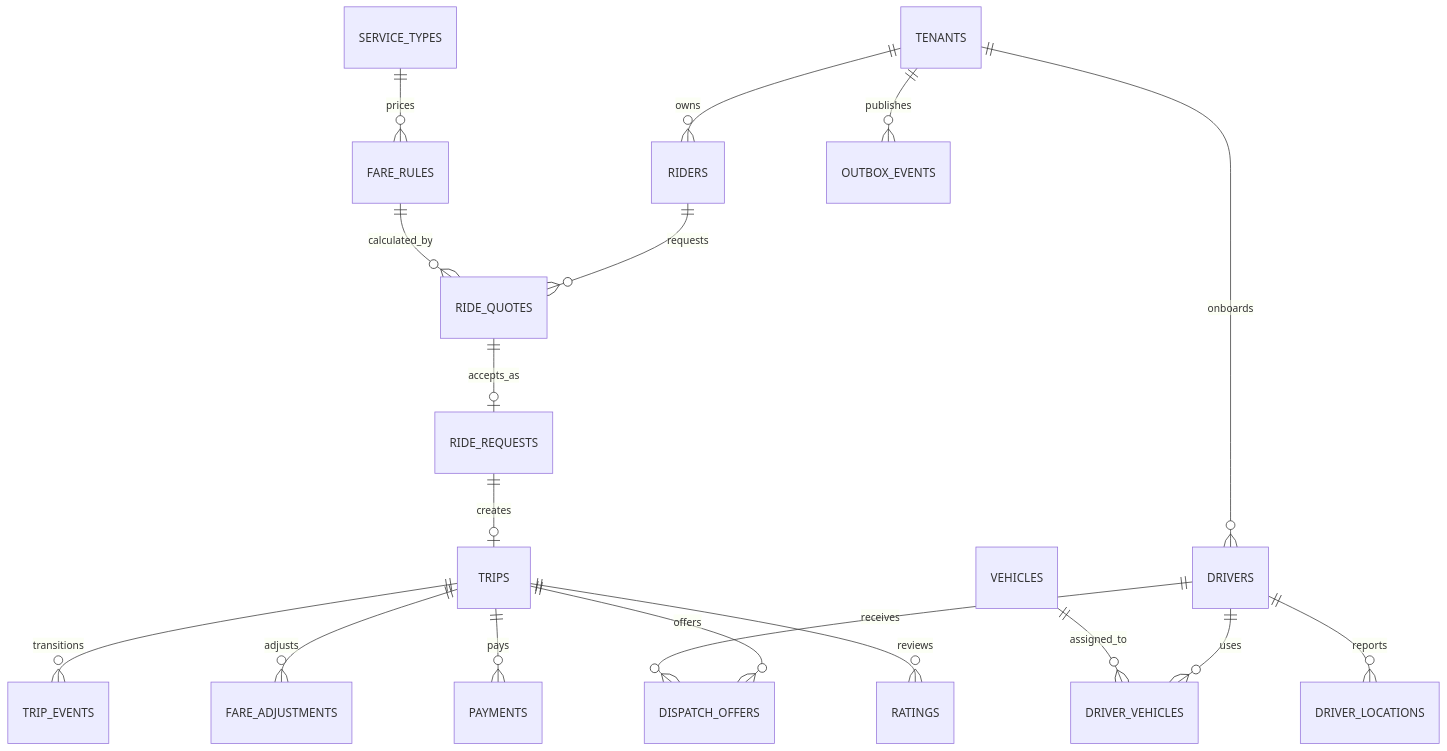
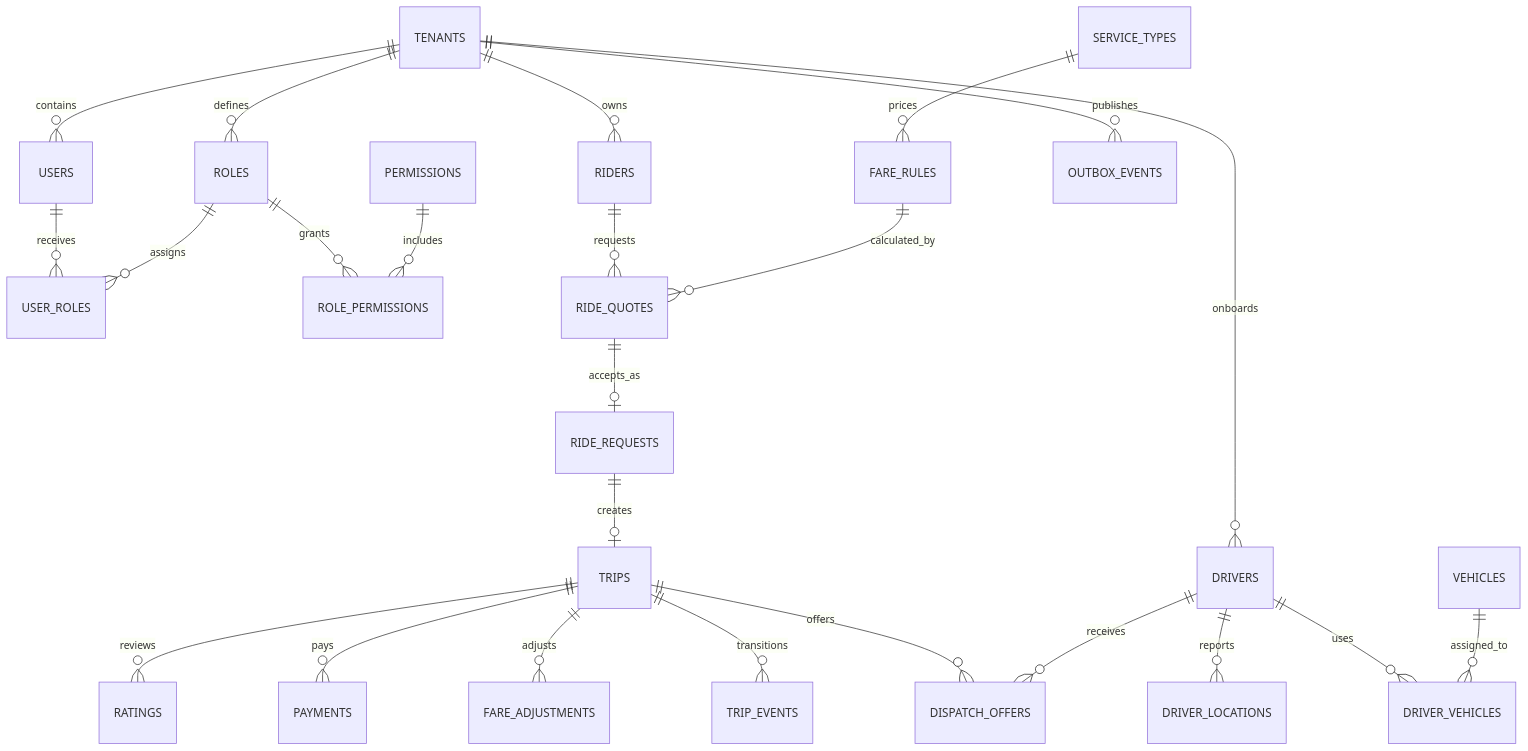
The diagram in System Designs/RideBookingApp/README.md (phongnguyend/Practical.DevSecOps), drawn with Mermaid before and after one commit. The commit also changed other lines of this file and 6 other files, not shown here.

````diff
--- a/System Designs/RideBookingApp/README.md
+++ b/System Designs/RideBookingApp/README.md
@@ -26,20 +38,26 @@
 ```mermaid
 erDiagram
+    TENANTS ||--o{ USERS : contains
+    TENANTS ||--o{ ROLES : defines
+    USERS ||--o{ USER_ROLES : receives
+    ROLES ||--o{ USER_ROLES : assigns
+    ROLES ||--o{ ROLE_PERMISSIONS : grants
+    PERMISSIONS ||--o{ ROLE_PERMISSIONS : includes
     TENANTS ||--o{ RIDERS : owns
     TENANTS ||--o{ DRIVERS : onboards
     DRIVERS ||--o{ DRIVER_VEHICLES : uses
     VEHICLES ||--o{ DRIVER_VEHICLES : assigned_to
     SERVICE_TYPES ||--o{ FARE_RULES : prices
     RIDERS ||--o{ RIDE_QUOTES : requests
     FARE_RULES ||--o{ RIDE_QUOTES : calculated_by
     RIDE_QUOTES ||--o| RIDE_REQUESTS : accepts_as
     RIDE_REQUESTS ||--o| TRIPS : creates
     TRIPS ||--o{ DISPATCH_OFFERS : offers
     DRIVERS ||--o{ DISPATCH_OFFERS : receives
     TRIPS ||--o{ TRIP_EVENTS : transitions
     DRIVERS ||--o{ DRIVER_LOCATIONS : reports
     TRIPS ||--o{ FARE_ADJUSTMENTS : adjusts
     TRIPS ||--o{ PAYMENTS : pays
     TRIPS ||--o{ RATINGS : reviews
     TENANTS ||--o{ OUTBOX_EVENTS : publishes
 ```
````
